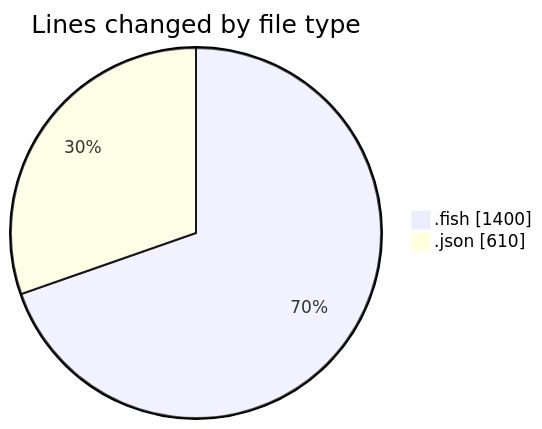
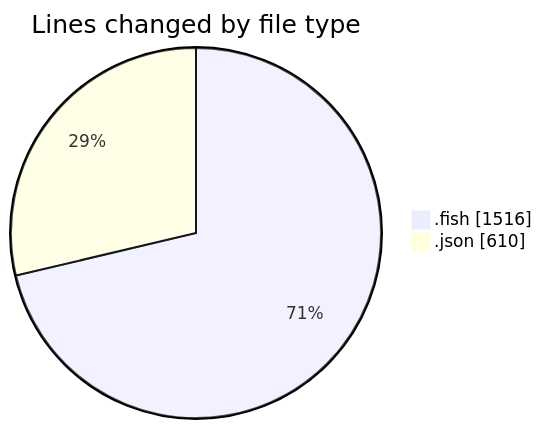
The first of 2 diagrams in 2025-07-11/fish/README.md (EIIisD/code-tracking), drawn with Mermaid before and after one commit. The commit also changed other lines of this file and 1 other file, not shown here.

````diff
--- a/2025-07-11/fish/README.md
+++ b/2025-07-11/fish/README.md
@@ -24,6 +25,6 @@
 ```mermaid
 pie showData
 title Lines changed by file type
-".fish" : 1400
+".fish" : 1516
 ".json" : 610
 ```
````
